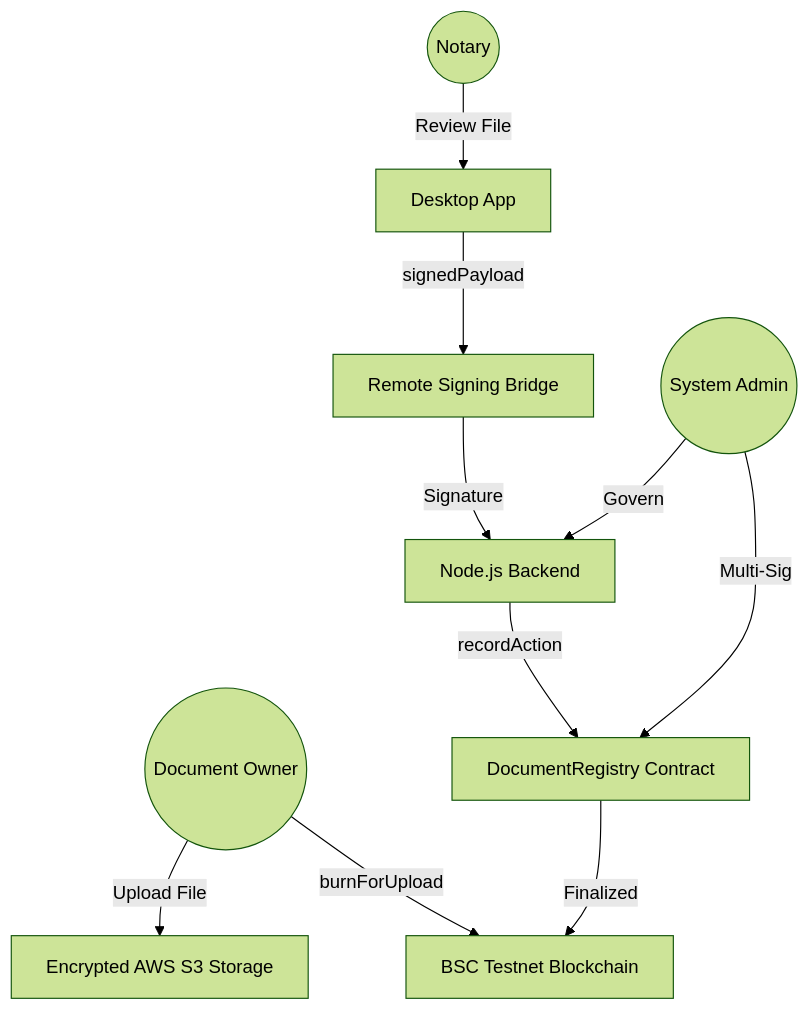
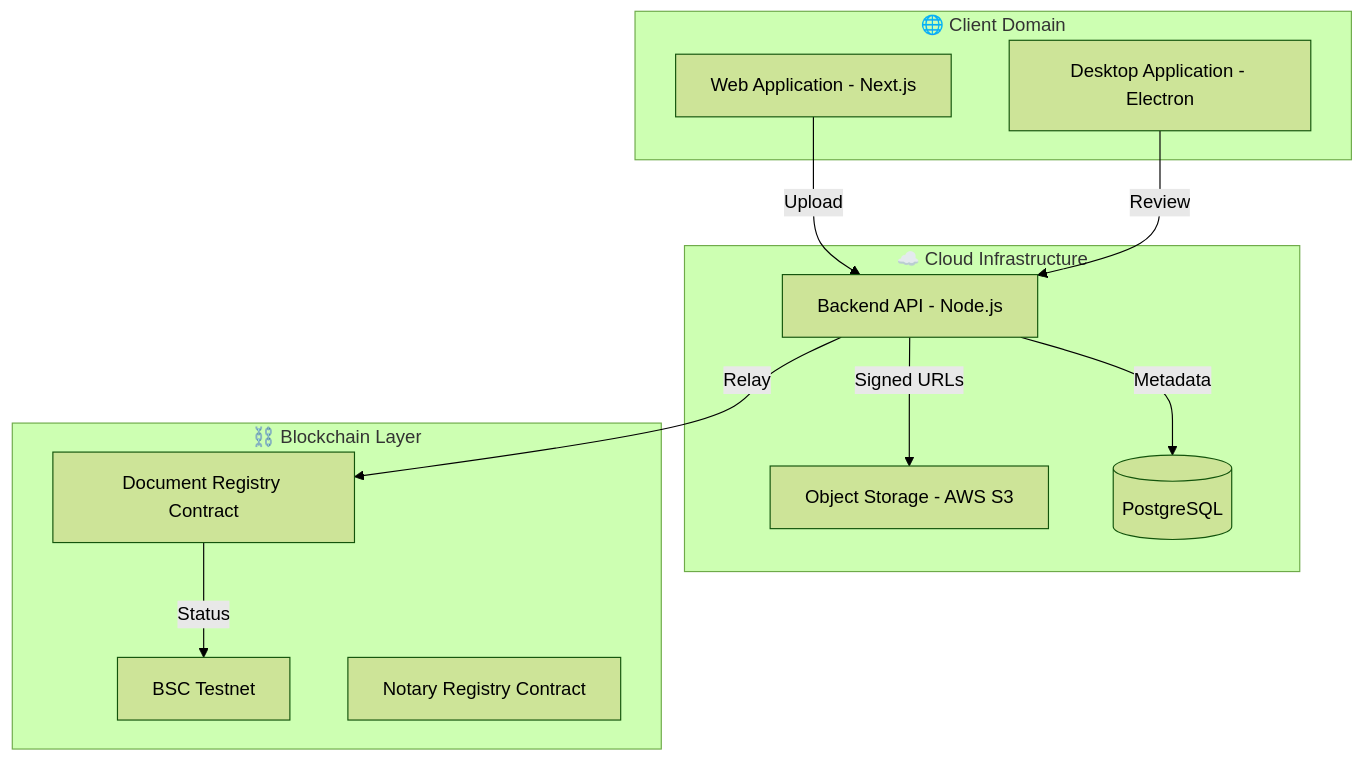
The first of 5 diagrams in README.md (CoderShubhamMate/Block-Chain-Based-Secure-Notarization-System), drawn with Mermaid (forest theme) before and after one commit. The commit also changed other lines of this file, not shown here.

Commit message:
docs: upgrade to visionary master README with 6+ diagrams and deep-dives

````diff
--- a/README.md
+++ b/README.md
@@ -16,15 +11,26 @@
 ```mermaid
 graph TD
-    User((Document Owner)) -->|Upload File| S3[Encrypted AWS S3 Storage]
-    User -->|burnForUpload| BC[BSC Testnet Blockchain]
-    
-    Notary((Notary)) -->|Review File| Desktop[Desktop App]
-    Desktop -->|signedPayload| Bridge[Remote Signing Bridge]
-    Bridge -->|Signature| Backend[Node.js Backend]
-    
-    Backend -->|recordAction| Registry[DocumentRegistry Contract]
-    Registry -->|Finalized| BC
-    
-    Admin((System Admin)) -->|Govern| Backend
-    Admin -->|Multi-Sig| Registry
+    subgraph "🌐 Client Domain"
+        Web[Web Application - Next.js]
+        Desktop[Desktop Application - Electron]
+    end
+
+    subgraph "☁️ Cloud Infrastructure"
+        API[Backend API - Node.js]
+        S3[Object Storage - AWS S3]
+        DB[(PostgreSQL)]
+    end
+
+    subgraph "⛓️ Blockchain Layer"
+        BC[BSC Testnet]
+        Registry[Document Registry Contract]
+        NotaryReg[Notary Registry Contract]
+    end
+
+    Web -->|Upload| API
+    Desktop -->|Review| API
+    API -->|Metadata| DB
+    API -->|Signed URLs| S3
+    API -->|Relay| Registry
+    Registry -->|Status| BC
 ```
````
